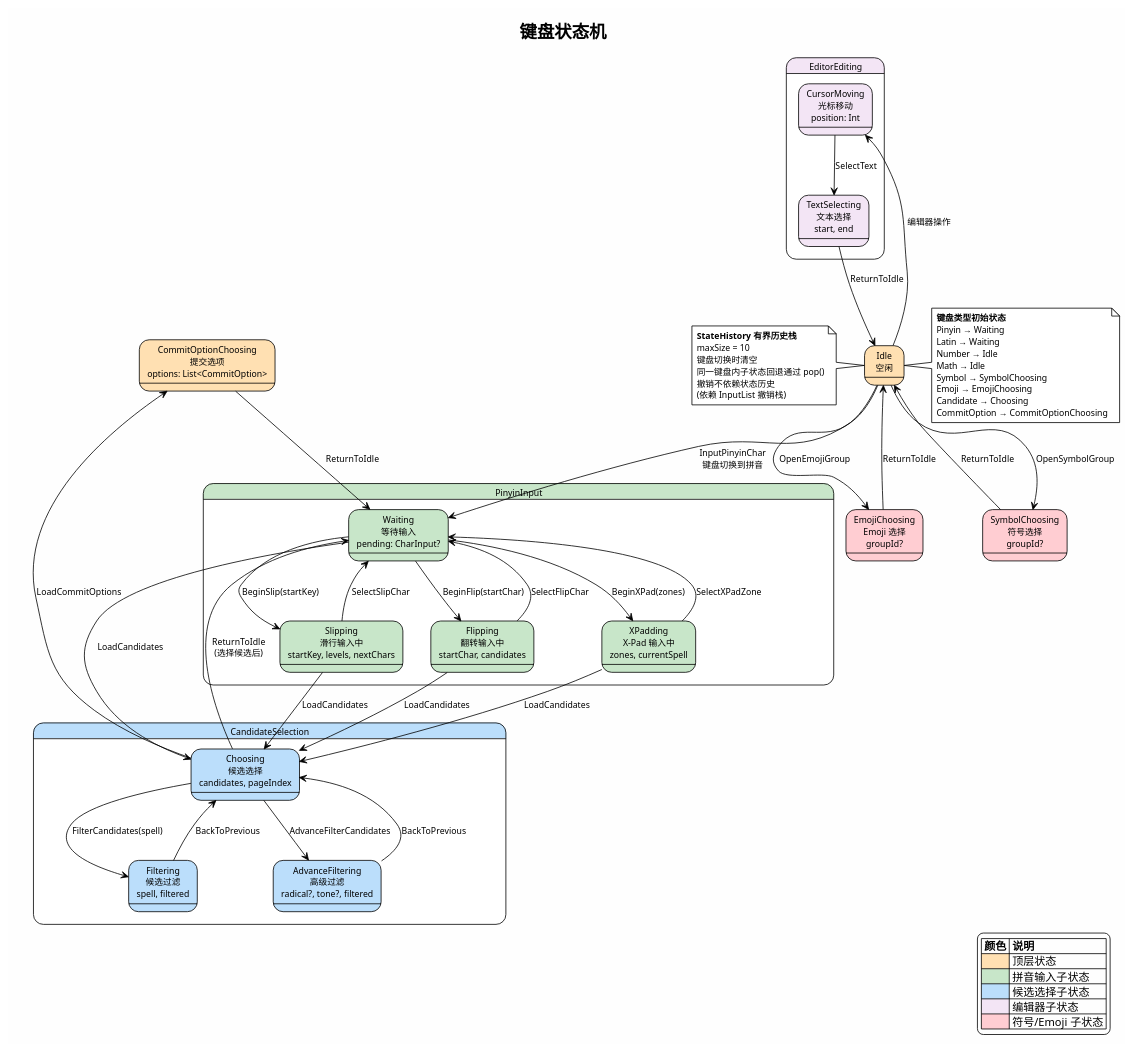
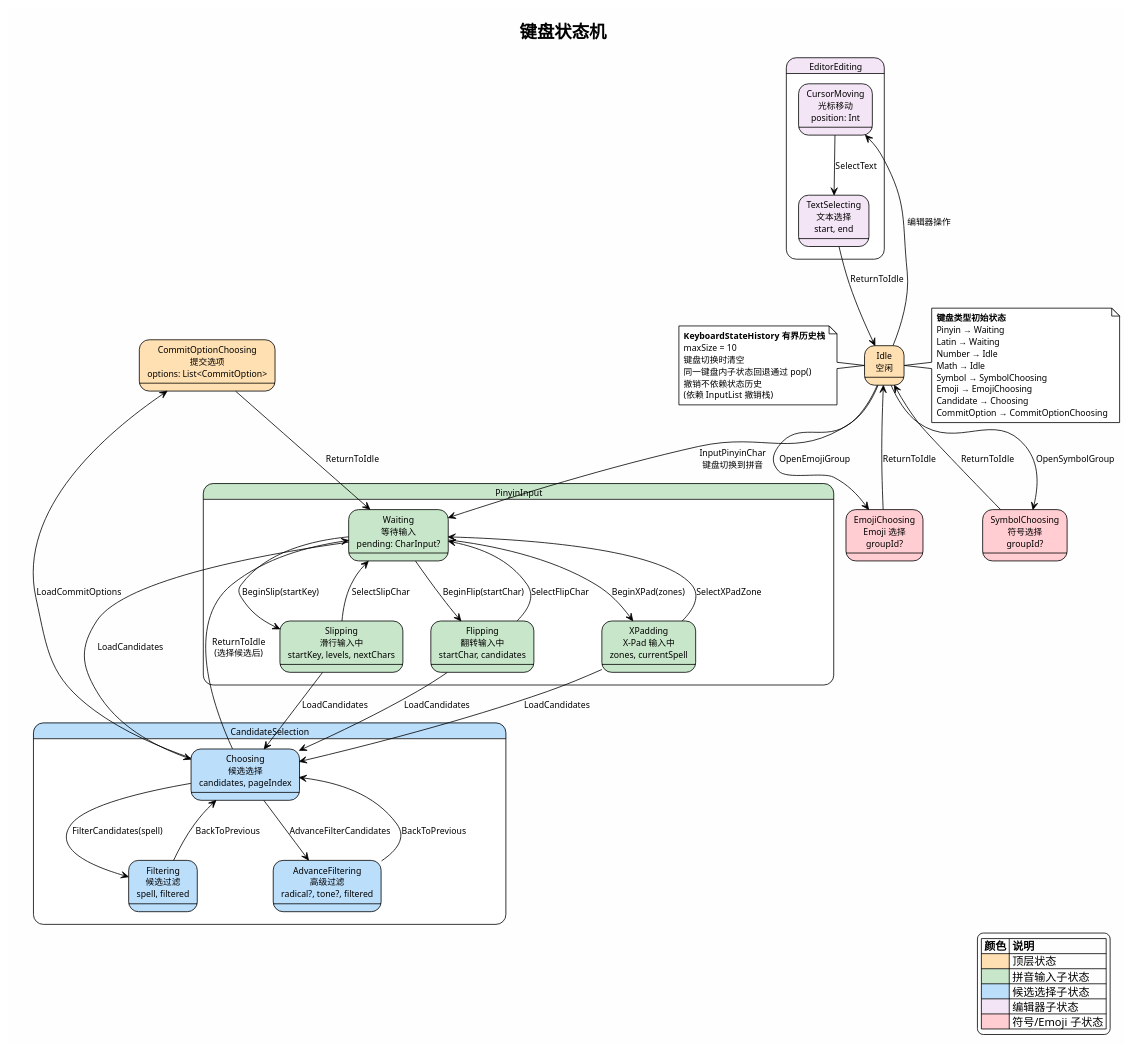
Before and after one commit to crazydan-studio/kuaizi-ime-android: the diagram in docs/ai-agent/v4/design/diagrams/engine-state-machine.puml, drawn with PlantUML. The commit also changed 26 other files, not shown here.

```diff
--- a/docs/ai-agent/v4/design/diagrams/engine-state-machine.puml
+++ b/docs/ai-agent/v4/design/diagrams/engine-state-machine.puml
@@ -1,108 +1,108 @@
 @startuml engine-state-machine
 !theme plain
 skinparam backgroundColor #FEFEFE
 skinparam defaultFontSize 11
 
 title 键盘状态机
 
 legend right
   |= 颜色 |= 说明 |
   | <#FFE0B2> | 顶层状态 |
   | <#C8E6C9> | 拼音输入子状态 |
   | <#BBDEFB> | 候选选择子状态 |
   | <#F3E5F5> | 编辑器子状态 |
   | <#FFCDD2> | 符号/Emoji 子状态 |
 endlegend
 
 ' ===== 顶层状态 =====
 state "Idle\n空闲" as Idle #FFE0B2
 
 ' ===== 拼音输入 =====
 state "PinyinInput" as PinyinInput #C8E6C9 {
   state "Waiting\n等待输入\npending: CharInput?" as Waiting #C8E6C9
   state "Slipping\n滑行输入中\nstartKey, levels, nextChars" as Slipping #C8E6C9
   state "Flipping\n翻转输入中\nstartChar, candidates" as Flipping #C8E6C9
   state "XPadding\nX-Pad 输入中\nzones, currentSpell" as XPadding #C8E6C9
 }
 
 ' ===== 候选选择 =====
 state "CandidateSelection" as CandidateSelection #BBDEFB {
   state "Choosing\n候选选择\ncandidates, pageIndex" as Choosing #BBDEFB
   state "Filtering\n候选过滤\nspell, filtered" as Filtering #BBDEFB
   state "AdvanceFiltering\n高级过滤\nradical?, tone?, filtered" as AdvanceFiltering #BBDEFB
 }
 
 ' ===== 提交选项 =====
 state "CommitOptionChoosing\n提交选项\noptions: List<CommitOption>" as CommitOption #FFE0B2
 
 ' ===== 编辑器 =====
 state "EditorEditing" as EditorEditing #F3E5F5 {
   state "CursorMoving\n光标移动\nposition: Int" as CursorMoving #F3E5F5
   state "TextSelecting\n文本选择\nstart, end" as TextSelecting #F3E5F5
 }
 
 ' ===== 符号/Emoji =====
 state "SymbolChoosing\n符号选择\ngroupId?" as Symbol #FFCDD2
 state "EmojiChoosing\nEmoji 选择\ngroupId?" as Emoji #FFCDD2
 
 ' ===== 转换关系 =====
 
 Idle --> Waiting : InputPinyinChar\n键盘切换到拼音
 Idle --> Symbol : OpenSymbolGroup
 Idle --> Emoji : OpenEmojiGroup
 Idle --> CursorMoving : 编辑器操作
 
 Waiting --> Slipping : BeginSlip(startKey)
 Waiting --> Flipping : BeginFlip(startChar)
 Waiting --> XPadding : BeginXPad(zones)
 Waiting --> Choosing : LoadCandidates
 
 Slipping --> Waiting : SelectSlipChar
 Slipping --> Choosing : LoadCandidates
 
 Flipping --> Waiting : SelectFlipChar
 Flipping --> Choosing : LoadCandidates
 
 XPadding --> Waiting : SelectXPadZone
 XPadding --> Choosing : LoadCandidates
 
 Choosing --> Filtering : FilterCandidates(spell)
 Choosing --> AdvanceFiltering : AdvanceFilterCandidates
 Choosing --> Waiting : ReturnToIdle\n(选择候选后)
 Choosing --> CommitOption : LoadCommitOptions
 
 Filtering --> Choosing : BackToPrevious
 AdvanceFiltering --> Choosing : BackToPrevious
 
 CommitOption --> Waiting : ReturnToIdle
 
 CursorMoving --> TextSelecting : SelectText
 TextSelecting --> Idle : ReturnToIdle
 
 Symbol --> Idle : ReturnToIdle
 Emoji --> Idle : ReturnToIdle
 
 ' ===== 键盘类型初始状态 =====
 note right of Idle
   **键盘类型初始状态**
   Pinyin → Waiting
   Latin → Waiting
   Number → Idle
   Math → Idle
   Symbol → SymbolChoosing
   Emoji → EmojiChoosing
   Candidate → Choosing
   CommitOption → CommitOptionChoosing
 end note
 
-' ===== StateHistory =====
+' ===== KeyboardStateHistory =====
 note left of Idle
-  **StateHistory 有界历史栈**
+  **KeyboardStateHistory 有界历史栈**
   maxSize = 10
   键盘切换时清空
   同一键盘内子状态回退通过 pop()
   撤销不依赖状态历史
   (依赖 InputList 撤销栈)
 end note
 
 @enduml
```
